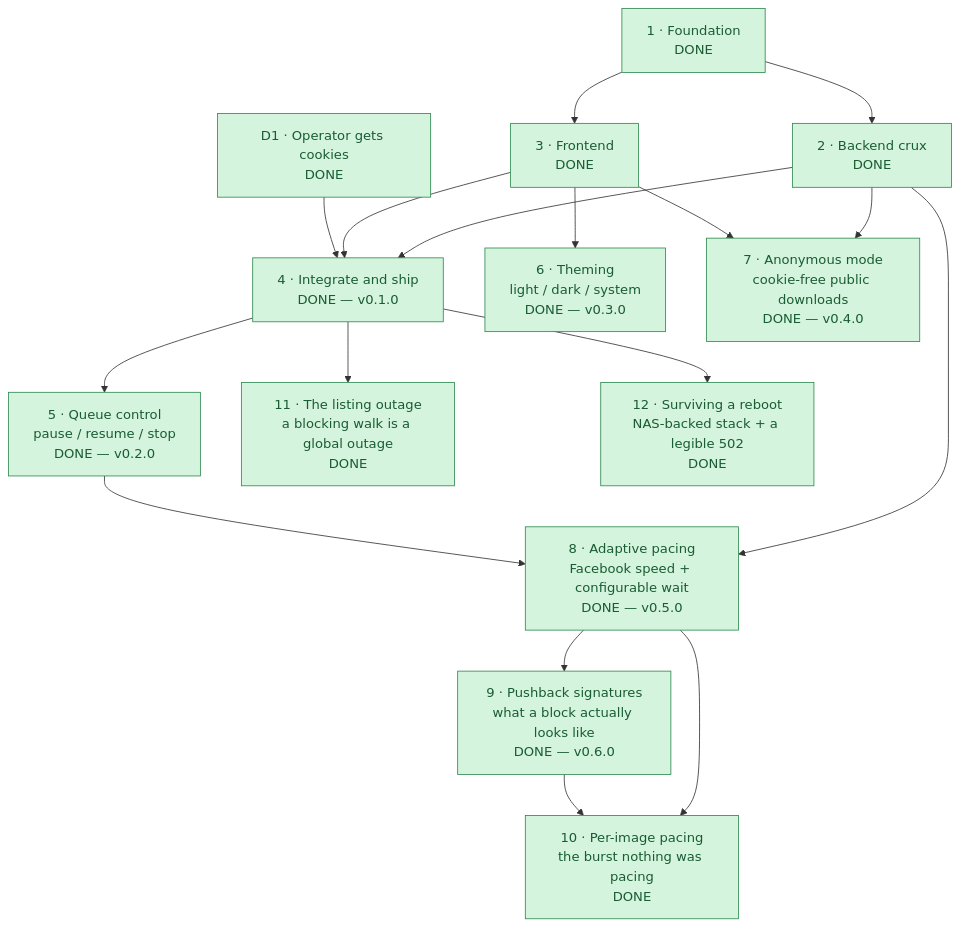
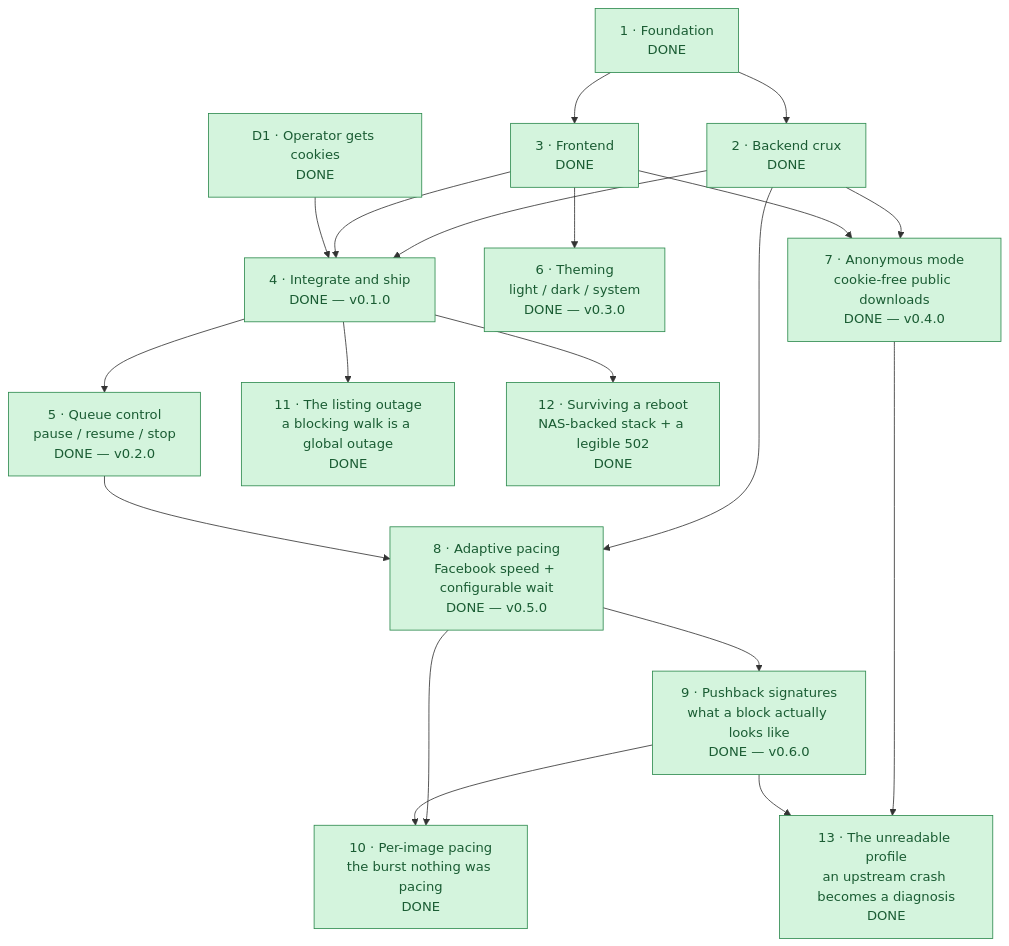
The diagram in ROADMAP.md (lumduan/gallery-dl-web), drawn with Mermaid before and after one commit. The commit also changed other lines of this file and 16 other files, not shown here.

````diff
--- a/ROADMAP.md
+++ b/ROADMAP.md
@@ -8,37 +8,40 @@
 ```mermaid
 flowchart TD
     P1["1 · Foundation<br/>DONE"] --> P2["2 · Backend crux<br/>DONE"]
     P1 --> P3["3 · Frontend<br/>DONE"]
     P2 --> P4["4 · Integrate and ship<br/>DONE — v0.1.0"]
     P3 --> P4
     D1["D1 · Operator gets cookies<br/>DONE"] --> P4
     P4 --> P5["5 · Queue control<br/>pause / resume / stop<br/>DONE — v0.2.0"]
     P3 --> P6["6 · Theming<br/>light / dark / system<br/>DONE — v0.3.0"]
     P2 --> P7["7 · Anonymous mode<br/>cookie-free public downloads<br/>DONE — v0.4.0"]
     P3 --> P7
     P2 --> P8["8 · Adaptive pacing<br/>Facebook speed + configurable wait<br/>DONE — v0.5.0"]
     P5 --> P8
     P8 --> P9["9 · Pushback signatures<br/>what a block actually looks like<br/>DONE — v0.6.0"]
     P8 --> P10["10 · Per-image pacing<br/>the burst nothing was pacing<br/>DONE"]
     P9 --> P10
     P4 --> P11["11 · The listing outage<br/>a blocking walk is a global outage<br/>DONE"]
     P4 --> P12["12 · Surviving a reboot<br/>NAS-backed stack + a legible 502<br/>DONE"]
+    P7 --> P13["13 · The unreadable profile<br/>an upstream crash becomes a diagnosis<br/>DONE"]
+    P9 --> P13
 
     classDef done     fill:#d4f4dd,stroke:#2d8a4e,color:#1a5c33
     classDef active   fill:#fff3cd,stroke:#cc9a06,color:#7a5c04
     classDef decision fill:#fde0e0,stroke:#d05555,color:#8f2e2e
 
     class P9 done
     class P10 done
     class P11 done
     class P12 done
+    class P13 done
     class P1 done
     class P2 done
     class P3 done
     class P4 done
     class P5 done
     class P6 done
     class D1 done
     class P7 done
     class P8 done
 ```
````
